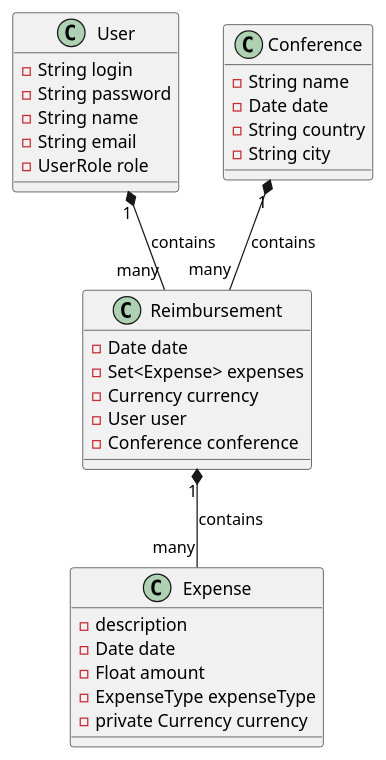
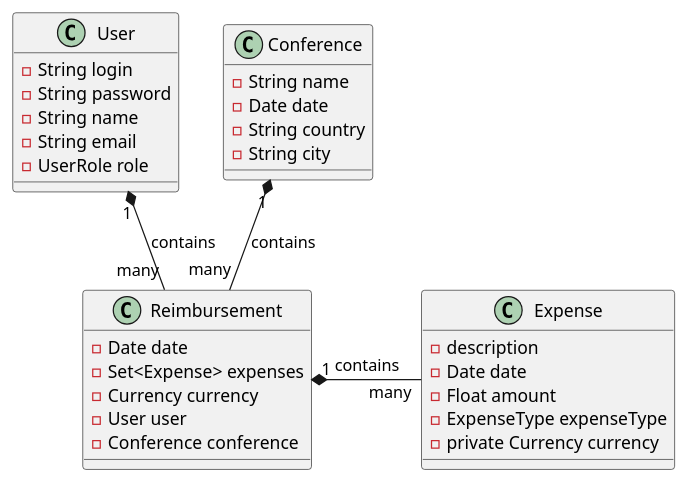
The diagram in slides/diagrams/architecture_model.puml (antoinesd/cdi-forge-uni), drawn with PlantUML before and after one commit. The commit also changed 1 other file, not shown here.

```diff
--- a/slides/diagrams/architecture_model.puml
+++ b/slides/diagrams/architecture_model.puml
@@ -1,40 +1,40 @@
 @startuml
 
 User "1" *-- "many" Reimbursement : contains
-Reimbursement "1" *-- "many" Expense : contains
+Reimbursement "1" *-right- "many" Expense : contains
 Conference "1" *-- "many" Reimbursement : contains
 
 class Conference {
    -String name
    -Date date
    -String country
    -String city
 }
 
 
 class Expense {
    -description
    -Date date
    -Float amount
    -ExpenseType expenseType
    -private Currency currency
 }
 
 
 class Reimbursement{
     -Date date
     -Set<Expense> expenses
     -Currency currency
     -User user
     -Conference conference
 }
 
 class User{
    -String login
    -String password
    -String name
    -String email
    -UserRole role
 }
 
 @enduml
```
